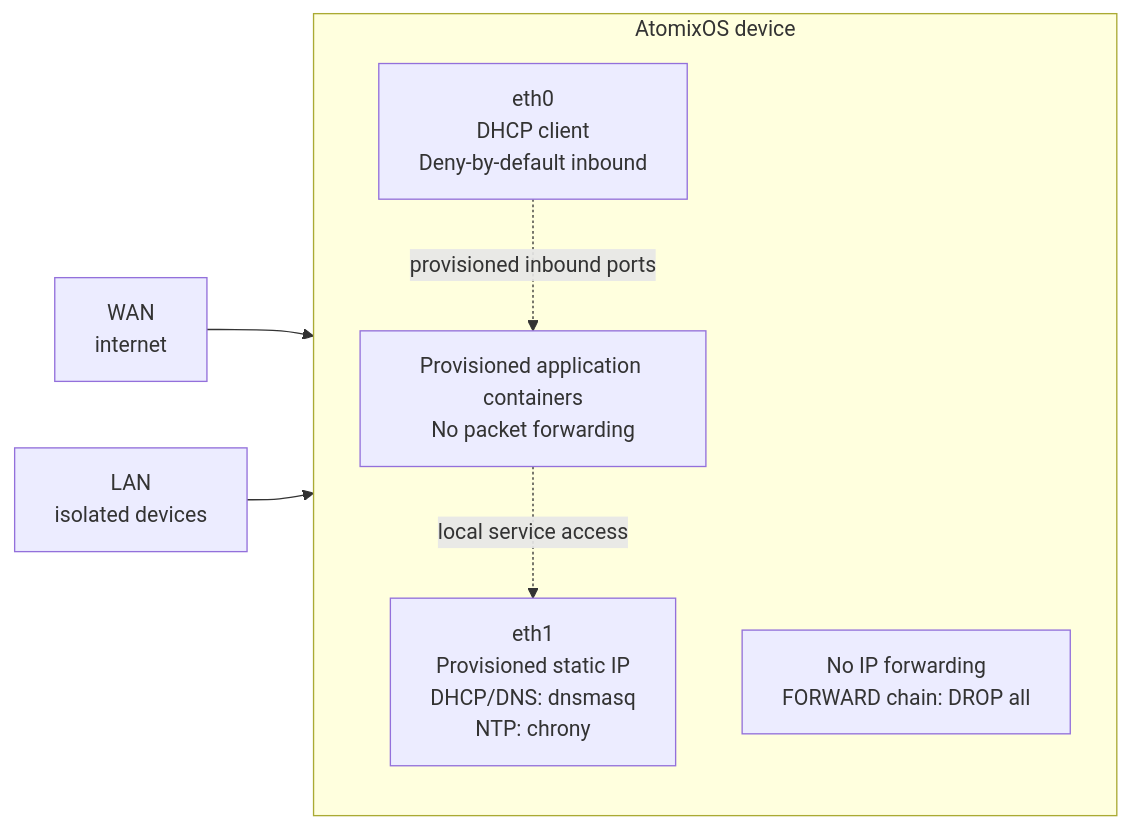
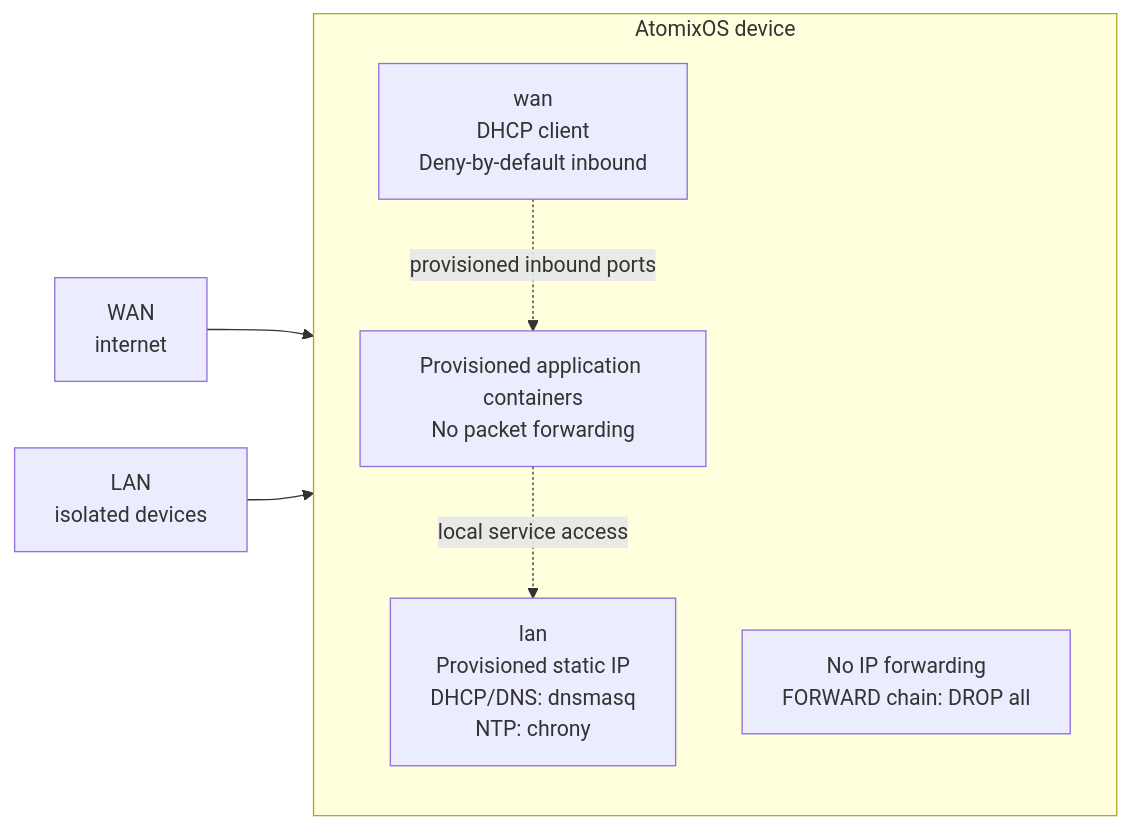
The diagram in docs/src/architecture/network-topology.md (RobertDeRose/atomixos), drawn with Mermaid before and after one commit. The commit also changed other lines of this file and 45 other files, not shown here.

````diff
--- a/docs/src/architecture/network-topology.md
+++ b/docs/src/architecture/network-topology.md
@@ -8,16 +8,16 @@
 ```mermaid
 flowchart LR
-    WAN["WAN<br/>internet"] --> ETH0["eth0<br/>DHCP client<br/>Deny-by-default inbound"]
-    LAN["LAN<br/>isolated devices"] --> ETH1["eth1<br/>Provisioned static IP<br/>DHCP/DNS: dnsmasq<br/>NTP: chrony"]
+    WAN["WAN<br/>internet"] --> ETH0["wan<br/>DHCP client<br/>Deny-by-default inbound"]
+    LAN["LAN<br/>isolated devices"] --> ETH1["lan<br/>Provisioned static IP<br/>DHCP/DNS: dnsmasq<br/>NTP: chrony"]
 
     subgraph DEVICE["AtomixOS device"]
         direction TB
         ETH0
         CORE["No IP forwarding<br/>FORWARD chain: DROP all"]
         ETH1
         APPS["Provisioned application containers<br/>No packet forwarding"]
     end
 
     ETH0 -. provisioned inbound ports .-> APPS
     APPS -. local service access .-> ETH1
 ```
````
